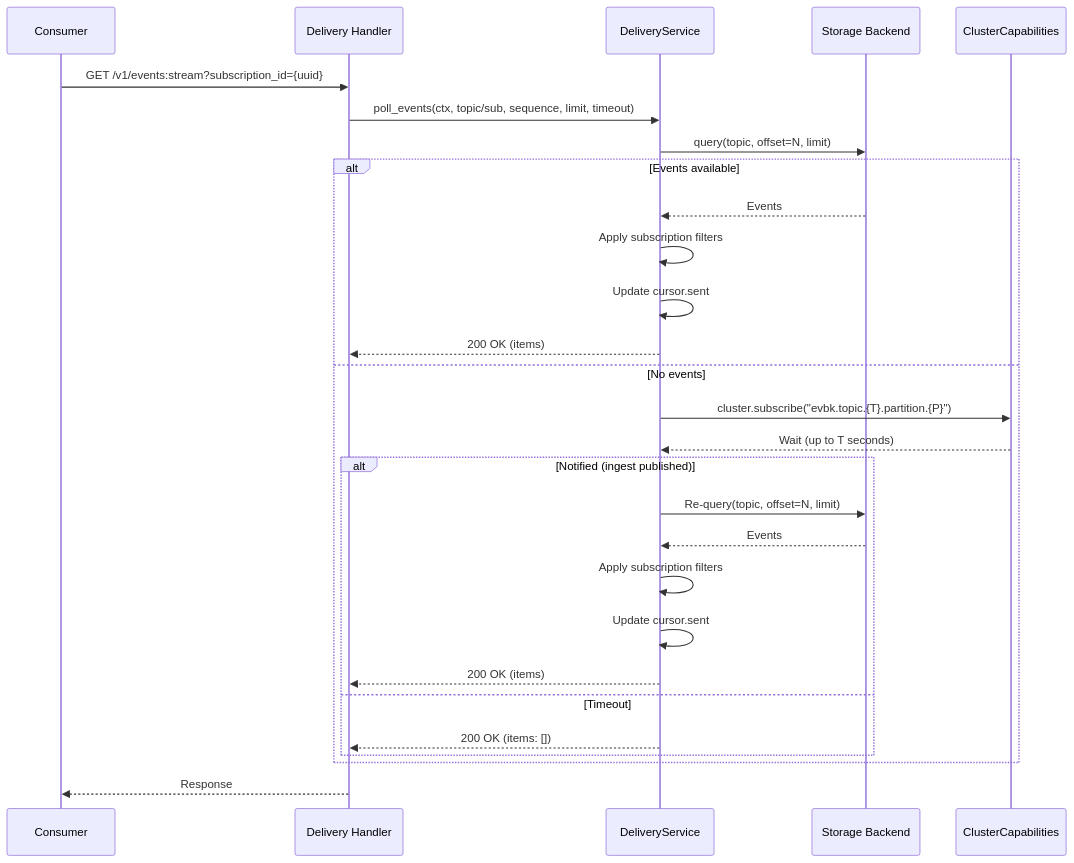
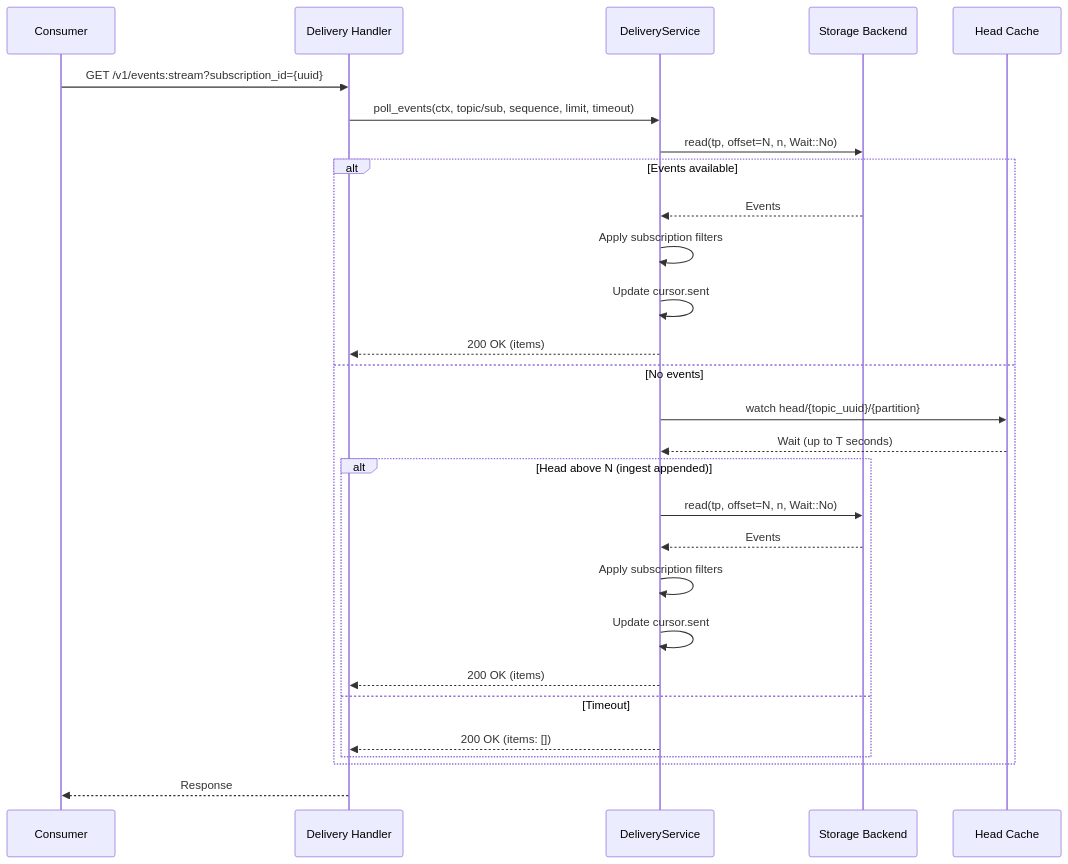
The fifth of 5 diagrams in gears/system/event-broker/docs/DESIGN.md (constructorfabric/gears-rust), drawn with Mermaid before and after one commit. The commit also changed other lines of this file and 21 other files, not shown here.

````diff
--- a/gears/system/event-broker/docs/DESIGN.md
+++ b/gears/system/event-broker/docs/DESIGN.md
@@ -2105,31 +1879,31 @@
 ```mermaid
 sequenceDiagram
     participant C as Consumer
     participant API as Delivery Handler
     participant DS as DeliveryService
     participant SB as Storage Backend
-    participant CC as ClusterCapabilities
+    participant HC as Head Cache
 
     C->>API: GET /v1/events:stream?subscription_id={uuid}
     API->>DS: poll_events(ctx, topic/sub, sequence, limit, timeout)
-    DS->>SB: query(topic, offset=N, limit)
+    DS->>SB: read(tp, offset=N, n, Wait::No)
     alt Events available
         SB-->>DS: Events
         DS->>DS: Apply subscription filters
         DS->>DS: Update cursor.sent
         DS-->>API: 200 OK (items)
     else No events
-        DS->>CC: cluster.subscribe("evbk.topic.{T}.partition.{P}")
-        CC-->>DS: Wait (up to T seconds)
-        alt Notified (ingest published)
-            DS->>SB: Re-query(topic, offset=N, limit)
+        DS->>HC: watch head/{topic_uuid}/{partition}
+        HC-->>DS: Wait (up to T seconds)
+        alt Head above N (ingest appended)
+            DS->>SB: read(tp, offset=N, n, Wait::No)
             SB-->>DS: Events
             DS->>DS: Apply subscription filters
             DS->>DS: Update cursor.sent
             DS-->>API: 200 OK (items)
         else Timeout
             DS-->>API: 200 OK (items: [])
         end
     end
     API-->>C: Response
 ```
````
